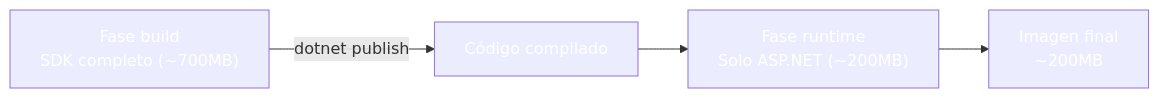
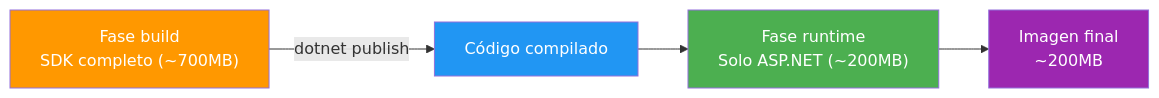
One commit to joseluisgs/DesarrolloWebEntornosServidor-02-2026-2027 changed the first of 2 diagrams in 10-pruebas-despliegue.md. Above: the diagram before and after it, drawn with Mermaid. The commit also changed other lines of this file and 29 other files, not shown here.

Commit message:
docs: corregir estilos Mermaid y estilo, quitar referencias a la Tienda y reestructurar los retos 13 y 15

````diff
--- a/10-pruebas-despliegue.md
+++ b/10-pruebas-despliegue.md
@@ -311,11 +311,11 @@
 ```mermaid
 flowchart LR
     A["Fase build<br/>SDK completo (~700MB)"] -->|dotnet publish| B["Código compilado"]
     B --> C["Fase runtime<br/>Solo ASP.NET (~200MB)"]
     C --> D["Imagen final<br/>~200MB"]
 
-    style A fill:#FF980,color:#fff0,color:#fff
-    style B fill:#2196F,color:#fff3,color:#fff
-    style C fill:#4CAF5,color:#fff0,color:#fff
-    style D fill:#9C27B,color:#fff0,color:#fff
+    style A fill:#FF9800,color:#fff
+    style B fill:#2196F3,color:#fff
+    style C fill:#4CAF50,color:#fff
+    style D fill:#9C27B0,color:#fff
 ```
````
